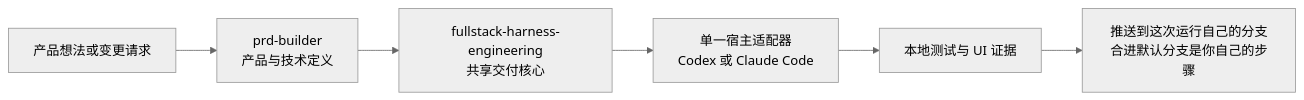
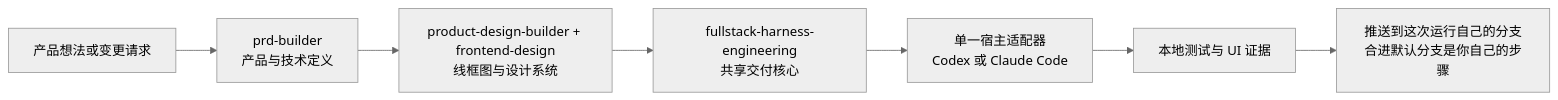
One commit to Phlegonlabs/product-delivery-harness changed the first of 2 diagrams in README.zh-CN.md. Above: the diagram before and after it, drawn with Mermaid (neutral theme). The commit also changed other lines of this file and 61 other files, not shown here.

Commit message:
split product design builder and add reference flow

````diff
--- a/README.zh-CN.md
+++ b/README.zh-CN.md
@@ -65,8 +67,9 @@
 ```mermaid
 flowchart LR
   Idea["产品想法或变更请求"] --> PRD["prd-builder\n产品与技术定义"]
-  PRD --> Harness["fullstack-harness-engineering\n共享交付核心"]
+  PRD --> Design["product-design-builder + frontend-design\n线框图与设计系统"]
+  Design --> Harness["fullstack-harness-engineering\n共享交付核心"]
   Harness --> Runtime["单一宿主适配器\nCodex 或 Claude Code"]
   Runtime --> Evidence["本地测试与 UI 证据"]
   Evidence --> Push["推送到这次运行自己的分支\n合进默认分支是你自己的步骤"]
 ```
````
